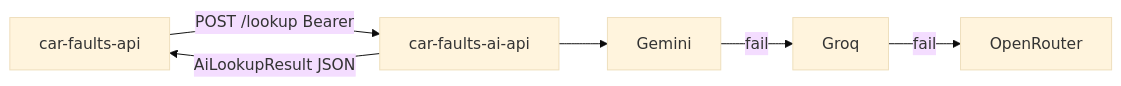
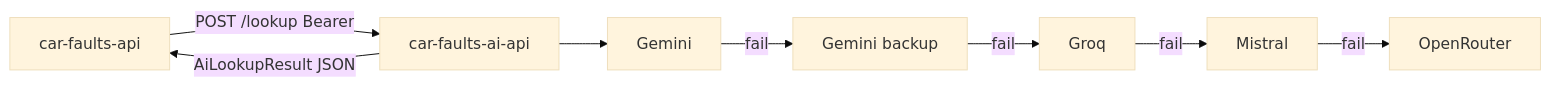
The diagram in README.md (Daniel-Fonseca-da-Silva/car-faults-ai-api), drawn with Mermaid (base theme) before and after one commit. The commit also changed other lines of this file and 1 other file, not shown here.

````diff
--- a/README.md
+++ b/README.md
@@ -60,8 +60,10 @@
 ```mermaid
 flowchart LR
   Nest[car-faults-api] -->|"POST /lookup Bearer"| Py[car-faults-ai-api]
   Py --> Gemini
-  Gemini -->|fail| Groq
-  Groq -->|fail| OpenRouter
+  Gemini -->|fail| GeminiBackup[Gemini backup]
+  GeminiBackup -->|fail| Groq
+  Groq -->|fail| Mistral
+  Mistral -->|fail| OpenRouter
   Py -->|"AiLookupResult JSON"| Nest
 ```
````
